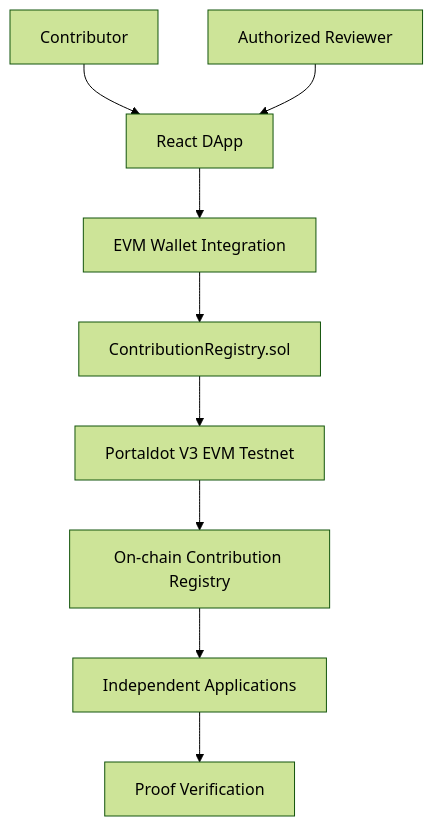
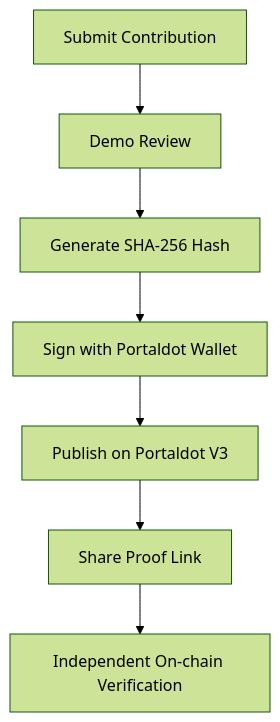
One commit to Qnam309/proof-of-contribution changed the diagram in README.md. Above: the diagram before and after it, drawn with Mermaid (forest theme). The commit also changed other lines of this file, not shown here.

````diff
--- a/README.md
+++ b/README.md
@@ -340,11 +48,9 @@
 ```mermaid
 flowchart TD
-    A[Contributor] --> B[React DApp]
-    C[Authorized Reviewer] --> B
-    B --> D[EVM Wallet Integration]
-    D --> E[ContributionRegistry.sol]
-    E --> F[Portaldot V3 EVM Testnet]
-    F --> G[On-chain Contribution Registry]
-    G --> H[Independent Applications]
-    H --> I[Proof Verification]
+    A[Submit Contribution] --> B[Demo Review]
+    B --> C[Generate SHA-256 Hash]
+    C --> D[Sign with Portaldot Wallet]
+    D --> E[Publish on Portaldot V3]
+    E --> F[Share Proof Link]
+    F --> G[Independent On-chain Verification]
 ```
````
